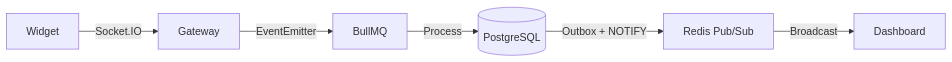
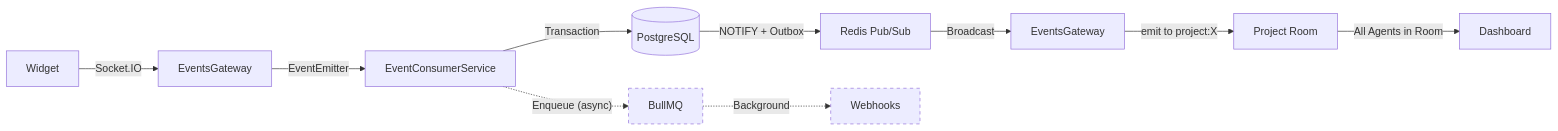
The second of 8 diagrams in presentation/pages/hung.md (doananhhung/livechat), drawn with Mermaid before and after one commit. The commit also changed other lines of this file, not shown here.

````diff
--- a/presentation/pages/hung.md
+++ b/presentation/pages/hung.md
@@ -150,8 +191,16 @@
 ```mermaid
 flowchart LR
-    VA1["Widget"] -->|"Socket.IO"| VA2["Gateway"]
-    VA2 -->|"EventEmitter"| VA3["BullMQ"]
-    VA3 -->|"Process"| VA4[("PostgreSQL")]
-    VA4 -->|"Outbox + NOTIFY"| VA5["Redis Pub/Sub"]
-    VA5 -->|"Broadcast"| VA6["Dashboard"]
+    VA1["Widget"] -->|"Socket.IO"| VA2["EventsGateway"]
+    VA2 -->|"EventEmitter"| VA3["EventConsumerService"]
+    VA3 -->|"Transaction"| VA4[("PostgreSQL")]
+    VA4 -->|"NOTIFY + Outbox"| VA5["Redis Pub/Sub"]
+    VA5 -->|"Broadcast"| VA6["EventsGateway"]
+    VA6 -->|"emit to project:X"| VA7["Project Room"]
+    VA7 -->|"All Agents in Room"| VA8["Dashboard"]
+    
+    VA3 -.->|"Enqueue (async)"| VA9["BullMQ"]
+    VA9 -.->|"Background"| VA10["Webhooks"]
+    
+    style VA9 stroke-dasharray: 5 5
+    style VA10 stroke-dasharray: 5 5
 ```
````
